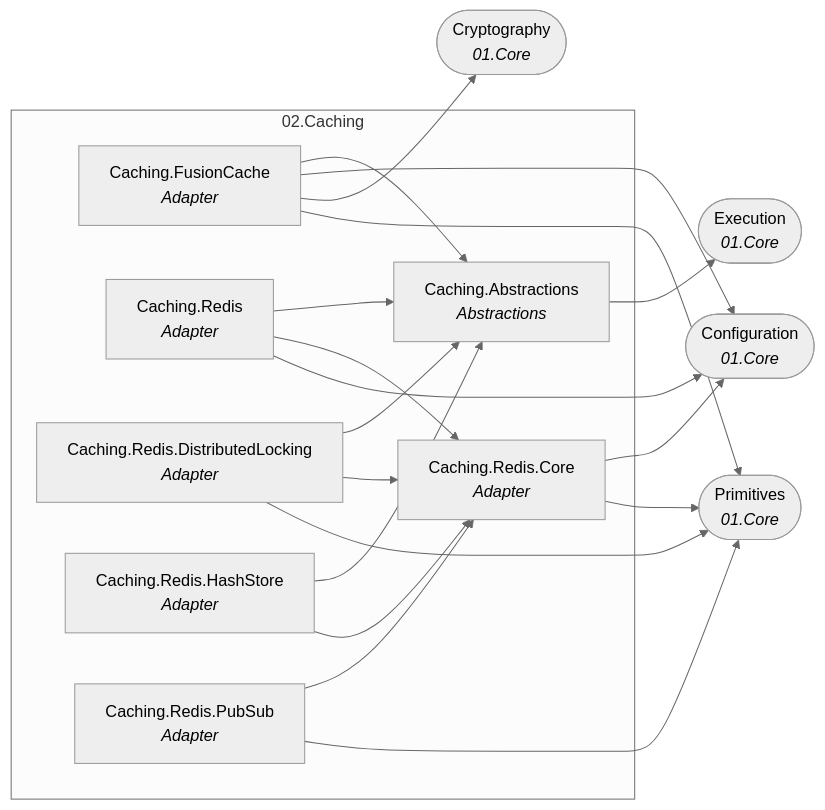
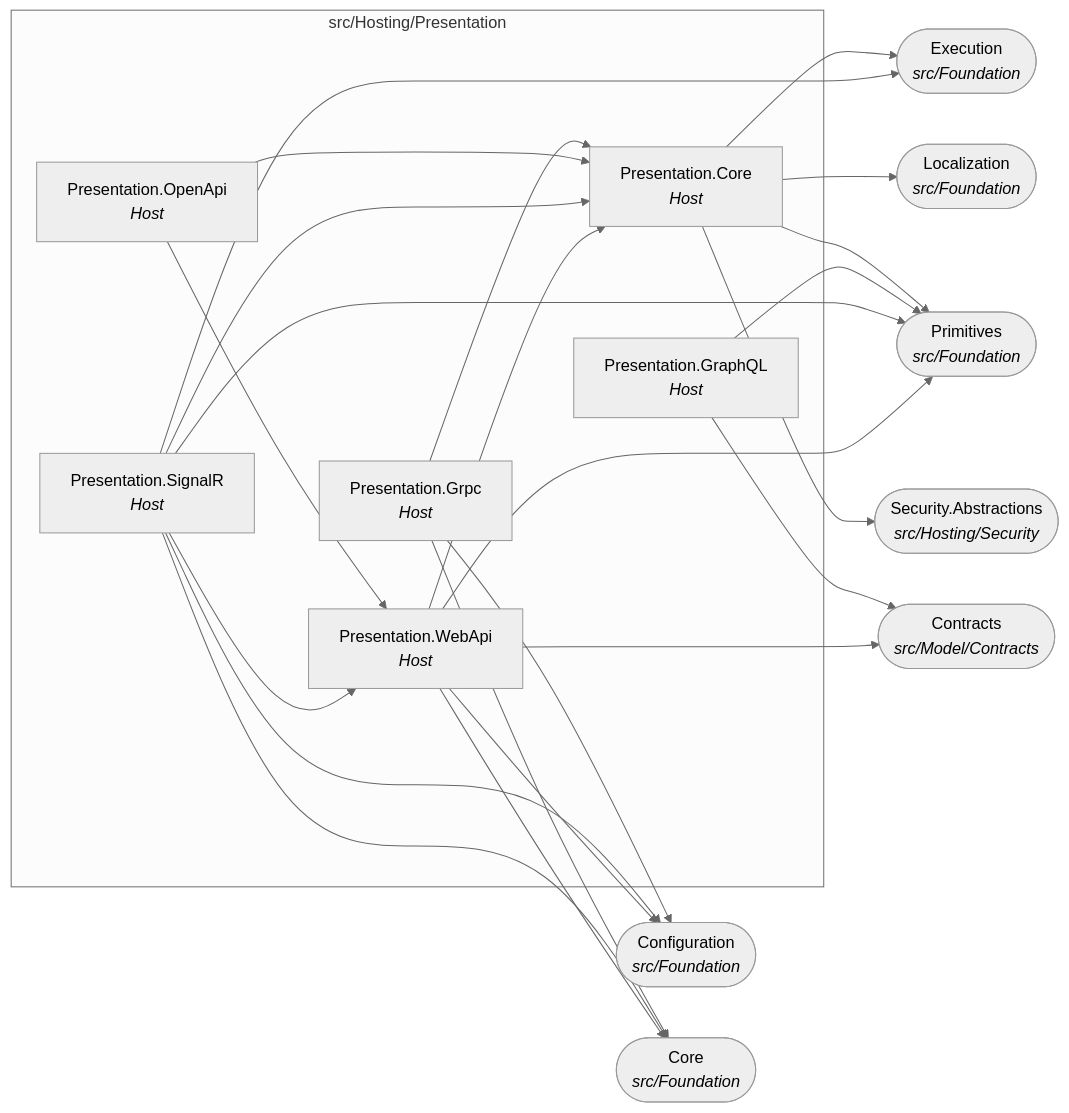
The fourth of 22 diagrams in docs/dependency-graph.md (Gresta-Vertex-Labs/platform-shared-kernel), drawn with Mermaid (neutral theme) before and after one commit. The commit also changed other lines of this file and 4053 other files, not shown here.

````diff
--- a/docs/dependency-graph.md
+++ b/docs/dependency-graph.md
@@ -152,33 +169,40 @@
 ```mermaid
 flowchart LR
-  subgraph folder_02_Caching["02.Caching"]
-    SharedKernel_Caching_Abstractions["Caching.Abstractions<br/><i>Abstractions</i>"]
-    SharedKernel_Caching_FusionCache["Caching.FusionCache<br/><i>Adapter</i>"]
-    SharedKernel_Caching_Redis["Caching.Redis<br/><i>Adapter</i>"]
-    SharedKernel_Caching_Redis_Core["Caching.Redis.Core<br/><i>Adapter</i>"]
-    SharedKernel_Caching_Redis_DistributedLocking["Caching.Redis.DistributedLocking<br/><i>Adapter</i>"]
-    SharedKernel_Caching_Redis_HashStore["Caching.Redis.HashStore<br/><i>Adapter</i>"]
-    SharedKernel_Caching_Redis_PubSub["Caching.Redis.PubSub<br/><i>Adapter</i>"]
+  subgraph folder_src_Hosting_Presentation["src/Hosting/Presentation"]
+    SharedKernel_Presentation_Core["Presentation.Core<br/><i>Host</i>"]
+    SharedKernel_Presentation_GraphQL["Presentation.GraphQL<br/><i>Host</i>"]
+    SharedKernel_Presentation_Grpc["Presentation.Grpc<br/><i>Host</i>"]
+    SharedKernel_Presentation_OpenApi["Presentation.OpenApi<br/><i>Host</i>"]
+    SharedKernel_Presentation_SignalR["Presentation.SignalR<br/><i>Host</i>"]
+    SharedKernel_Presentation_WebApi["Presentation.WebApi<br/><i>Host</i>"]
   end
-  SharedKernel_Configuration(["Configuration<br/><i>01.Core</i>"])
-  SharedKernel_Cryptography(["Cryptography<br/><i>01.Core</i>"])
-  SharedKernel_Execution(["Execution<br/><i>01.Core</i>"])
-  SharedKernel_Primitives(["Primitives<br/><i>01.Core</i>"])
-  SharedKernel_Caching_Abstractions --> SharedKernel_Execution
-  SharedKernel_Caching_FusionCache --> SharedKernel_Caching_Abstractions
-  SharedKernel_Caching_FusionCache --> SharedKernel_Configuration
-  SharedKernel_Caching_FusionCache --> SharedKernel_Cryptography
-  SharedKernel_Caching_FusionCache --> SharedKernel_Primitives
-  SharedKernel_Caching_Redis --> SharedKernel_Caching_Abstractions
-  SharedKernel_Caching_Redis --> SharedKernel_Caching_Redis_Core
-  SharedKernel_Caching_Redis --> SharedKernel_Configuration
-  SharedKernel_Caching_Redis_Core --> SharedKernel_Configuration
-  SharedKernel_Caching_Redis_Core --> SharedKernel_Primitives
-  SharedKernel_Caching_Redis_DistributedLocking --> SharedKernel_Caching_Abstractions
-  SharedKernel_Caching_Redis_DistributedLocking --> SharedKernel_Caching_Redis_Core
-  SharedKernel_Caching_Redis_DistributedLocking --> SharedKernel_Primitives
-  SharedKernel_Caching_Redis_HashStore --> SharedKernel_Caching_Abstractions
-  SharedKernel_Caching_Redis_HashStore --> SharedKernel_Caching_Redis_Core
-  SharedKernel_Caching_Redis_PubSub --> SharedKernel_Caching_Redis_Core
-  SharedKernel_Caching_Redis_PubSub --> SharedKernel_Primitives
+  SharedKernel_Configuration(["Configuration<br/><i>src/Foundation</i>"])
+  SharedKernel_Contracts(["Contracts<br/><i>src/Model/Contracts</i>"])
+  SharedKernel_Core(["Core<br/><i>src/Foundation</i>"])
+  SharedKernel_Execution(["Execution<br/><i>src/Foundation</i>"])
+  SharedKernel_Localization(["Localization<br/><i>src/Foundation</i>"])
+  SharedKernel_Primitives(["Primitives<br/><i>src/Foundation</i>"])
+  SharedKernel_Security_Abstractions(["Security.Abstractions<br/><i>src/Hosting/Security</i>"])
+  SharedKernel_Presentation_Core --> SharedKernel_Execution
+  SharedKernel_Presentation_Core --> SharedKernel_Localization
+  SharedKernel_Presentation_Core --> SharedKernel_Primitives
+  SharedKernel_Presentation_Core --> SharedKernel_Security_Abstractions
+  SharedKernel_Presentation_GraphQL --> SharedKernel_Contracts
+  SharedKernel_Presentation_GraphQL --> SharedKernel_Primitives
+  SharedKernel_Presentation_Grpc --> SharedKernel_Configuration
+  SharedKernel_Presentation_Grpc --> SharedKernel_Core
+  SharedKernel_Presentation_Grpc --> SharedKernel_Presentation_Core
+  SharedKernel_Presentation_OpenApi --> SharedKernel_Presentation_Core
+  SharedKernel_Presentation_OpenApi --> SharedKernel_Presentation_WebApi
+  SharedKernel_Presentation_SignalR --> SharedKernel_Configuration
+  SharedKernel_Presentation_SignalR --> SharedKernel_Core
+  SharedKernel_Presentation_SignalR --> SharedKernel_Execution
+  SharedKernel_Presentation_SignalR --> SharedKernel_Presentation_Core
+  SharedKernel_Presentation_SignalR --> SharedKernel_Presentation_WebApi
+  SharedKernel_Presentation_SignalR --> SharedKernel_Primitives
+  SharedKernel_Presentation_WebApi --> SharedKernel_Configuration
+  SharedKernel_Presentation_WebApi --> SharedKernel_Contracts
+  SharedKernel_Presentation_WebApi --> SharedKernel_Core
+  SharedKernel_Presentation_WebApi --> SharedKernel_Presentation_Core
+  SharedKernel_Presentation_WebApi --> SharedKernel_Primitives
 ```
````
